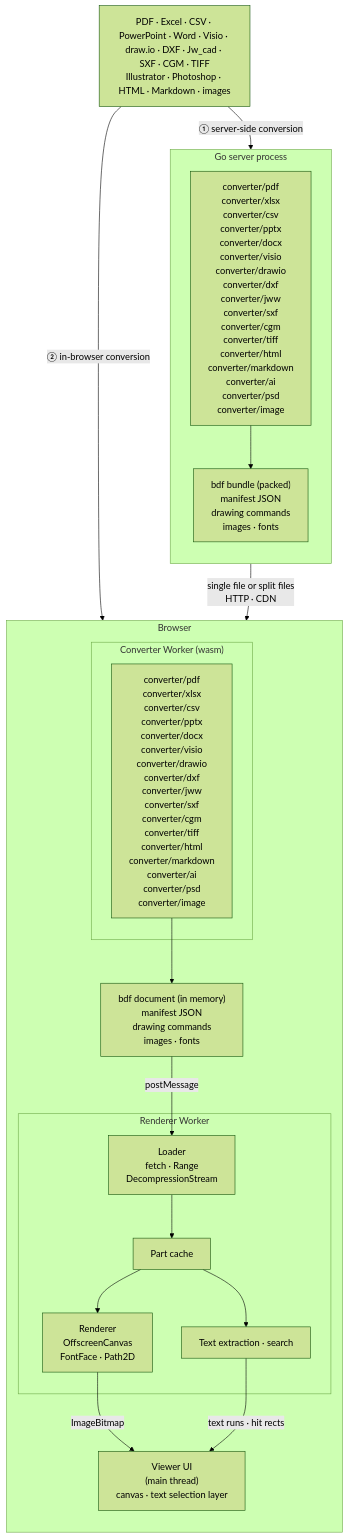
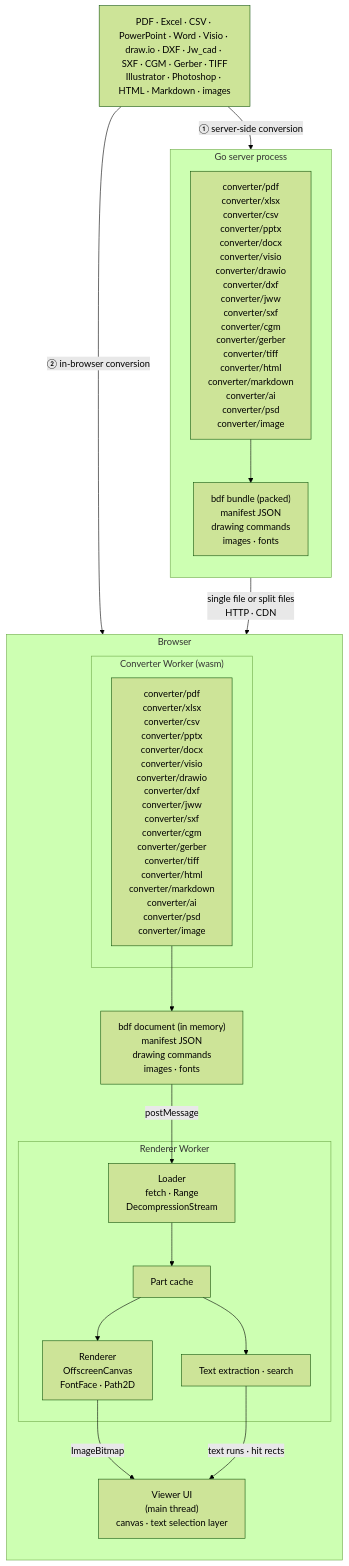
One commit to shibukawa/bdf changed the diagram in README.md. Above: the diagram before and after it, drawn with Mermaid (forest theme). The commit also changed other lines of this file and 41 other files, not shown here.

````diff
--- a/README.md
+++ b/README.md
@@ -20,37 +20,37 @@
 ```mermaid
 flowchart TB
-    SRC["PDF · Excel · CSV · PowerPoint · Word · Visio · draw.io · DXF · Jw_cad · SXF · CGM · TIFF<br/>Illustrator · Photoshop · HTML · Markdown · images"]
+    SRC["PDF · Excel · CSV · PowerPoint · Word · Visio · draw.io · DXF · Jw_cad · SXF · CGM · Gerber · TIFF<br/>Illustrator · Photoshop · HTML · Markdown · images"]
 
     subgraph SERVER["Go server process"]
         direction TB
-        SCONV["converter/pdf<br/>converter/xlsx<br/>converter/csv<br/>converter/pptx<br/>converter/docx<br/>converter/visio<br/>converter/drawio<br/>converter/dxf<br/>converter/jww<br/>converter/sxf<br/>converter/cgm<br/>converter/tiff<br/>converter/html<br/>converter/markdown<br/>converter/ai<br/>converter/psd<br/>converter/image"]
+        SCONV["converter/pdf<br/>converter/xlsx<br/>converter/csv<br/>converter/pptx<br/>converter/docx<br/>converter/visio<br/>converter/drawio<br/>converter/dxf<br/>converter/jww<br/>converter/sxf<br/>converter/cgm<br/>converter/gerber<br/>converter/tiff<br/>converter/html<br/>converter/markdown<br/>converter/ai<br/>converter/psd<br/>converter/image"]
         BUNDLE["bdf bundle (packed)<br/>manifest JSON<br/>drawing commands<br/>images · fonts"]
         SCONV --> BUNDLE
     end
 
     subgraph BROWSER["Browser"]
         direction TB
         subgraph CWORKER["Converter Worker (wasm)"]
-            WCONV["converter/pdf<br/>converter/xlsx<br/>converter/csv<br/>converter/pptx<br/>converter/docx<br/>converter/visio<br/>converter/drawio<br/>converter/dxf<br/>converter/jww<br/>converter/sxf<br/>converter/cgm<br/>converter/tiff<br/>converter/html<br/>converter/markdown<br/>converter/ai<br/>converter/psd<br/>converter/image"]
+            WCONV["converter/pdf<br/>converter/xlsx<br/>converter/csv<br/>converter/pptx<br/>converter/docx<br/>converter/visio<br/>converter/drawio<br/>converter/dxf<br/>converter/jww<br/>converter/sxf<br/>converter/cgm<br/>converter/gerber<br/>converter/tiff<br/>converter/html<br/>converter/markdown<br/>converter/ai<br/>converter/psd<br/>converter/image"]
         end
         PARTS["bdf document (in memory)<br/>manifest JSON<br/>drawing commands<br/>images · fonts"]
         subgraph RWORKER["Renderer Worker"]
             LOADER["Loader<br/>fetch · Range<br/>DecompressionStream"]
             STORE["Part cache"]
             RENDER["Renderer<br/>OffscreenCanvas<br/>FontFace · Path2D"]
             TEXT["Text extraction · search"]
             LOADER --> STORE
             STORE --> RENDER
             STORE --> TEXT
         end
         UI["Viewer UI<br/>(main thread)<br/>canvas · text selection layer"]
         WCONV --> PARTS
     end
 
     SRC -- "① server-side conversion" --> SCONV
     SRC -- "② in-browser conversion" --> WCONV
     BUNDLE -- "single file or split files<br/>HTTP · CDN" --> LOADER
     PARTS -- "postMessage" --> LOADER
     RENDER -- "ImageBitmap" --> UI
     TEXT -- "text runs · hit rects" --> UI
 ```
````
